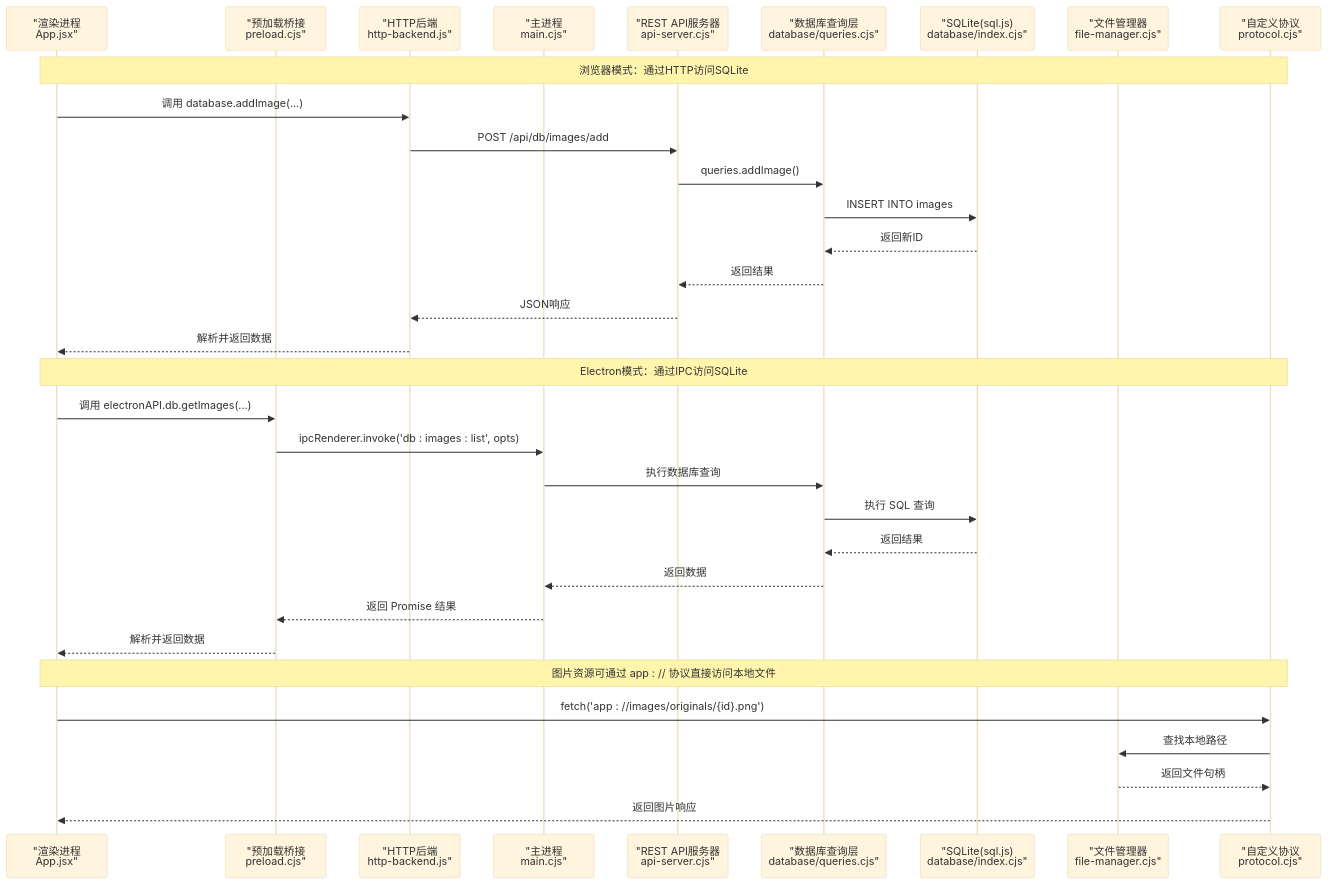
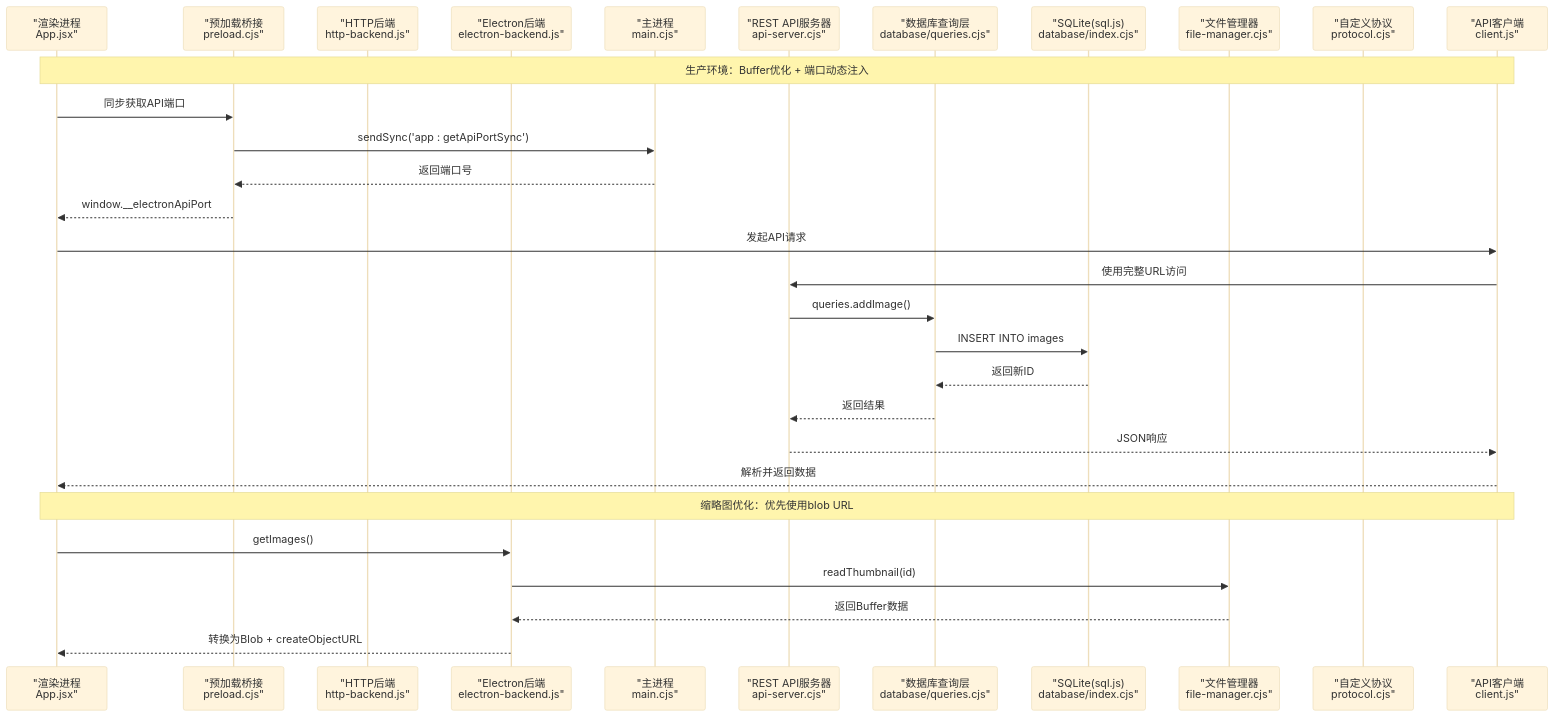
One commit to AlbusWei/AI-Image-Studio changed the second of 14 diagrams in .qoder/repowiki/zh/content/架构设计/Electron 桌面应用架构.md. Above: the diagram before and after it, drawn with Mermaid (base theme). The commit also changed other lines of this file and 26 other files, not shown here.

Commit message:
fix: 修复 Gallery 图片显示 broken image 问题

````diff
--- a/.qoder/repowiki/zh/content/架构设计/Electron 桌面应用架构.md
+++ b/.qoder/repowiki/zh/content/架构设计/Electron 桌面应用架构.md
@@ -170,35 +199,32 @@
 ```mermaid
 sequenceDiagram
 participant UI as "渲染进程<br/>App.jsx"
 participant Bridge as "预加载桥接<br/>preload.cjs"
 participant HTTPB as "HTTP后端<br/>http-backend.js"
+participant ELEC as "Electron后端<br/>electron-backend.js"
 participant Main as "主进程<br/>main.cjs"
 participant API as "REST API服务器<br/>api-server.cjs"
 participant DBQ as "数据库查询层<br/>database/queries.cjs"
 participant DB as "SQLite(sql.js)<br/>database/index.cjs"
 participant FS as "文件管理器<br/>file-manager.cjs"
 participant Proto as "自定义协议<br/>protocol.cjs"
-Note over UI,Proto : 浏览器模式：通过HTTP访问SQLite
-UI->>HTTPB : 调用 database.addImage(...)
-HTTPB->>API : POST /api/db/images/add
+participant Client as "API客户端<br/>client.js"
+Note over UI,Client : 生产环境：Buffer优化 + 端口动态注入
+UI->>Bridge : 同步获取API端口
+Bridge->>Main : sendSync('app : getApiPortSync')
+Main-->>Bridge : 返回端口号
+Bridge-->>UI : window.__electronApiPort
+UI->>Client : 发起API请求
+Client->>API : 使用完整URL访问
 API->>DBQ : queries.addImage()
 DBQ->>DB : INSERT INTO images
 DB-->>DBQ : 返回新ID
 DBQ-->>API : 返回结果
-API-->>HTTPB : JSON响应
-HTTPB-->>UI : 解析并返回数据
-Note over UI,Proto : Electron模式：通过IPC访问SQLite
-UI->>Bridge : 调用 electronAPI.db.getImages(...)
-Bridge->>Main : ipcRenderer.invoke('db : images : list', opts)
-Main->>DBQ : 执行数据库查询
-DBQ->>DB : 执行 SQL 查询
-DB-->>DBQ : 返回结果
-DBQ-->>Main : 返回数据
-Main-->>Bridge : 返回 Promise 结果
-Bridge-->>UI : 解析并返回数据
-Note over UI,Proto : 图片资源可通过 app : // 协议直接访问本地文件
-UI->>Proto : fetch('app : //images/originals/{id}.png')
-Proto->>FS : 查找本地路径
-FS-->>Proto : 返回文件句柄
-Proto-->>UI : 返回图片响应
+API-->>Client : JSON响应
+Client-->>UI : 解析并返回数据
+Note over UI,Client : 缩略图优化：优先使用blob URL
+UI->>ELEC : getImages()
+ELEC->>FS : readThumbnail(id)
+FS-->>ELEC : 返回Buffer数据
+ELEC-->>UI : 转换为Blob + createObjectURL
 ```
````
